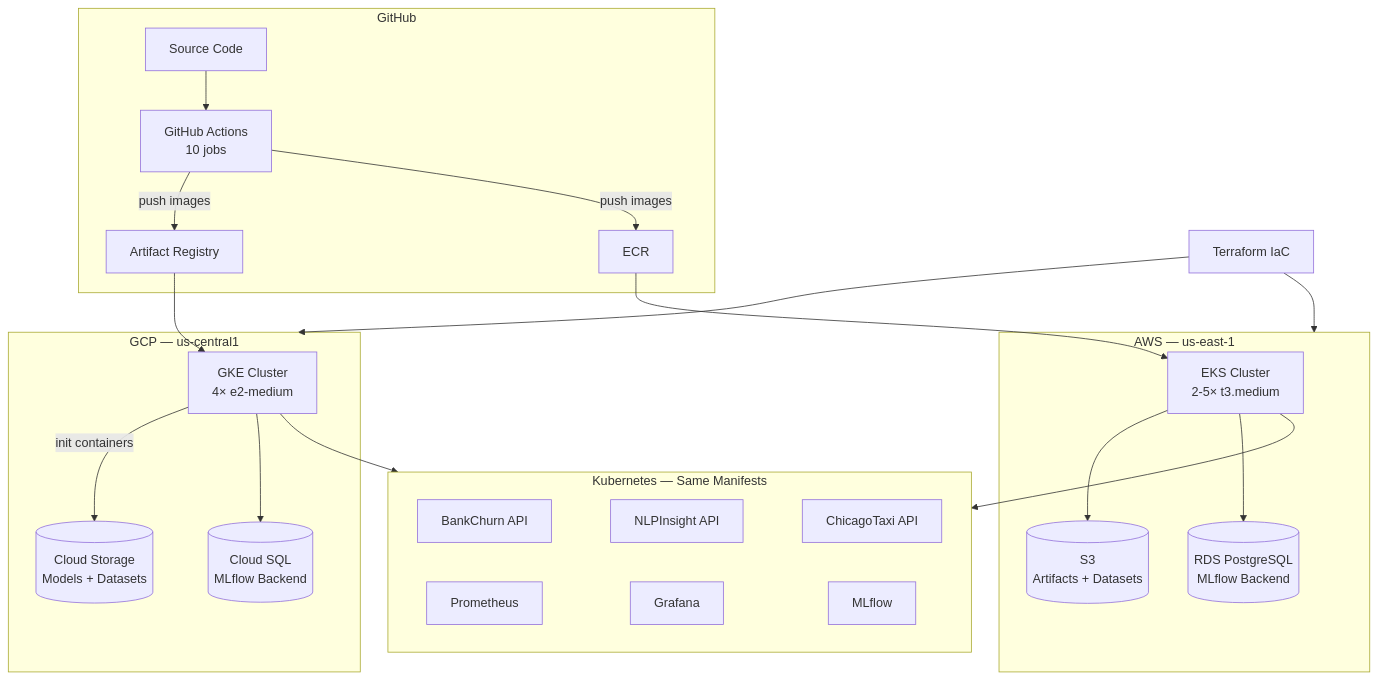
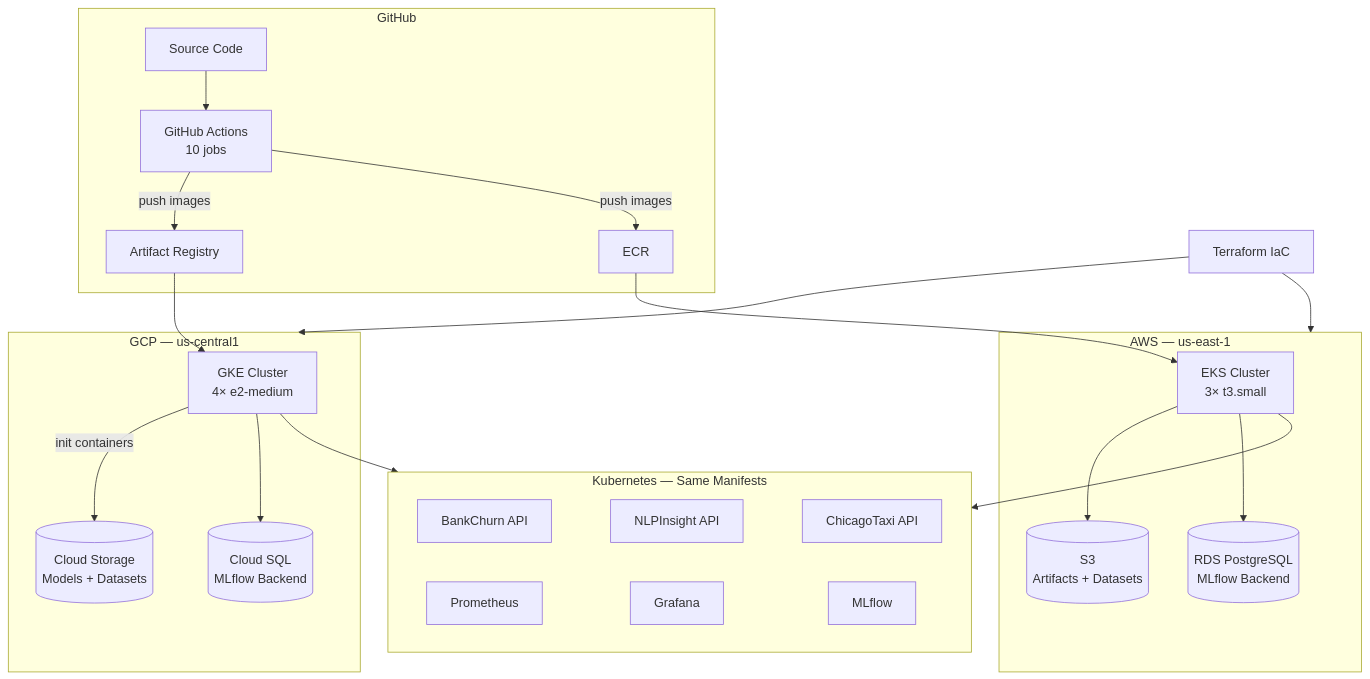
The diagram in docs/architecture/infrastructure.md (DuqueOM/ML-MLOps-Portfolio), drawn with Mermaid before and after one commit. The commit also changed other lines of this file and 25 other files, not shown here.

````diff
--- a/docs/architecture/infrastructure.md
+++ b/docs/architecture/infrastructure.md
@@ -7,36 +7,36 @@
 ```mermaid
 flowchart TB
     subgraph GH ["GitHub"]
         Code[Source Code] --> CI[GitHub Actions\n10 jobs]
         CI --> |push images| AR[Artifact Registry]
         CI --> |push images| ECR[ECR]
     end
 
     subgraph GCP ["GCP — us-central1"]
         AR --> GKE[GKE Cluster\n4× e2-medium]
         GCS[(Cloud Storage\nModels + Datasets)]
         CSQL[(Cloud SQL\nMLflow Backend)]
         GKE --> |init containers| GCS
         GKE --> CSQL
     end
 
     subgraph AWS ["AWS — us-east-1"]
-        ECR --> EKS[EKS Cluster\n2-5× t3.medium]
+        ECR --> EKS[EKS Cluster\n3× t3.small]
         S3[(S3\nArtifacts + Datasets)]
         RDS[(RDS PostgreSQL\nMLflow Backend)]
         EKS --> S3
         EKS --> RDS
     end
 
     subgraph K8s ["Kubernetes — Same Manifests"]
         direction LR
         BC[BankChurn API] ~~~ NLP[NLPInsight API] ~~~ CT[ChicagoTaxi API]
         PROM[Prometheus] ~~~ GRAF[Grafana] ~~~ MLF[MLflow]
     end
 
     GKE --> K8s
     EKS --> K8s
 
     TF[Terraform IaC] --> GCP
     TF --> AWS
 ```
````
